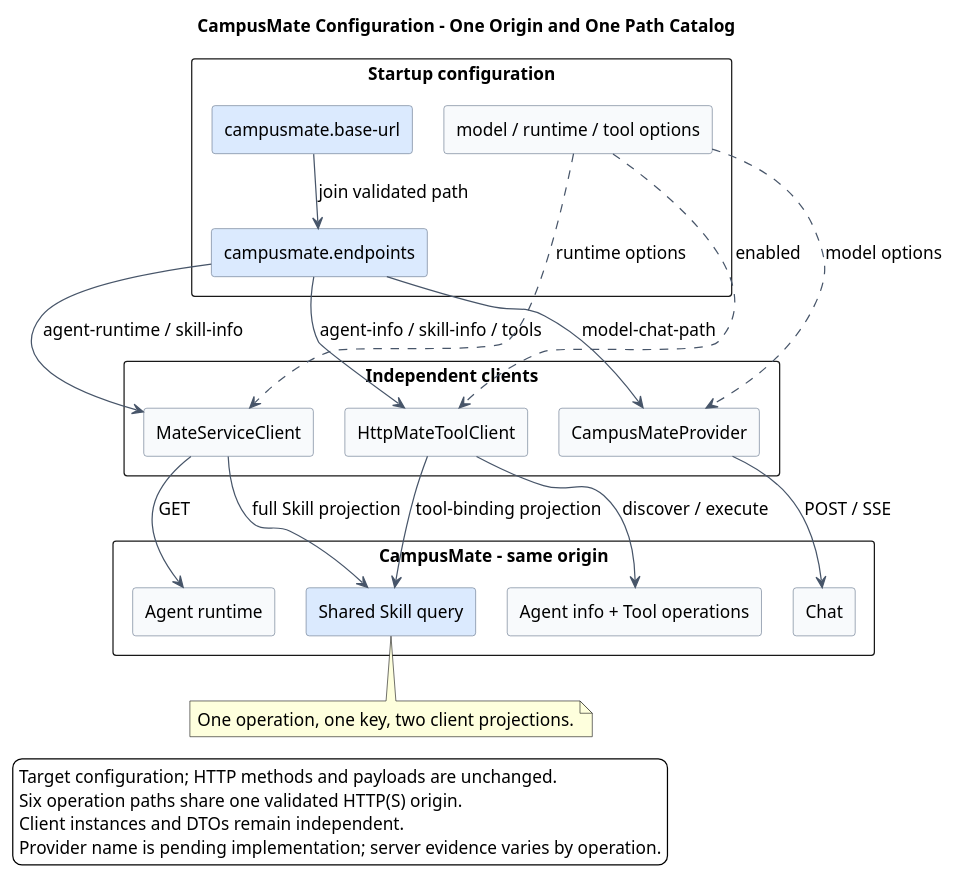
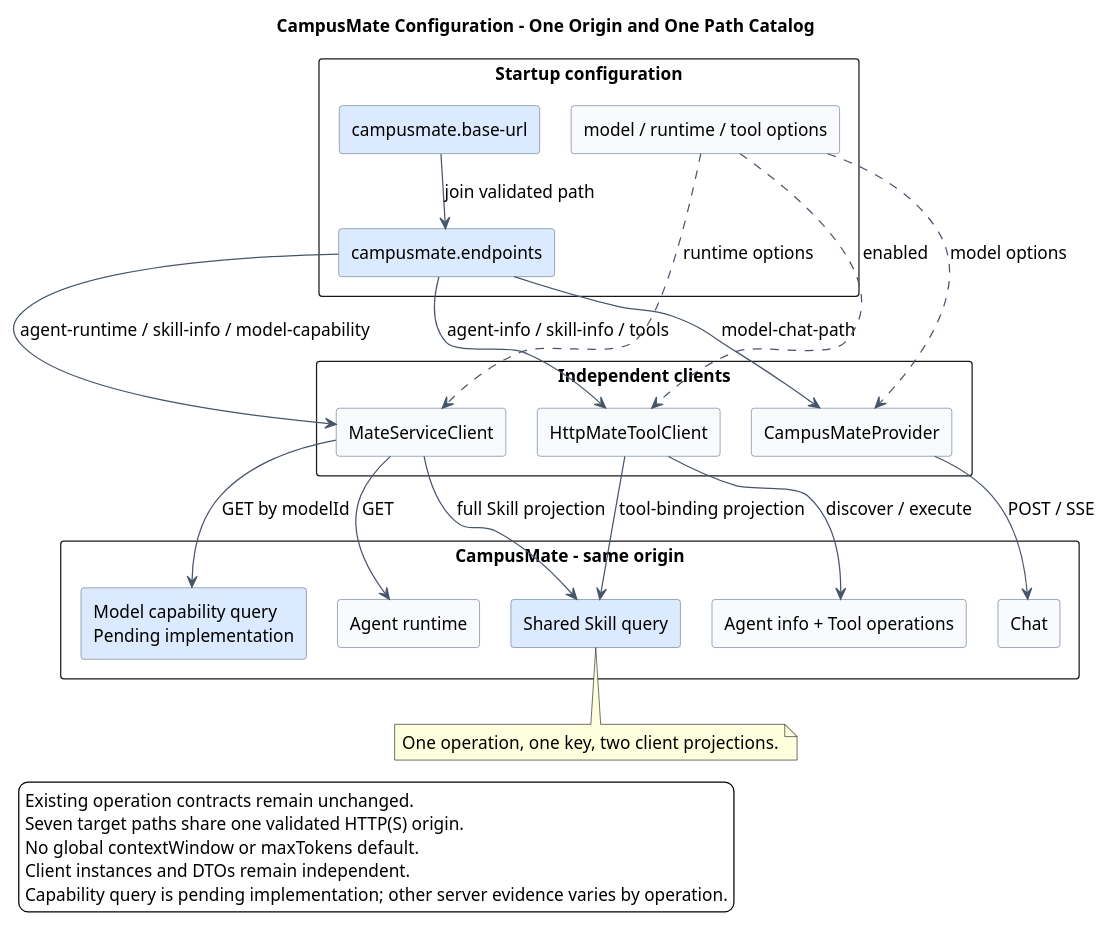
One commit to ssm0808/pi-mono-java-design changed the diagram in 02-服务与接口/02-CampusMate共享客户端配置/diagram.puml. Above: the diagram before and after it, drawn with PlantUML. The commit also changed 15 other files, not shown here.

Commit message:
docs(model): 从 Mate 查询模型能力并发布可选输出上限快照

```diff
--- a/02-服务与接口/02-CampusMate共享客户端配置/diagram.puml
+++ b/02-服务与接口/02-CampusMate共享客户端配置/diagram.puml
@@ -1,76 +1,82 @@
 @startuml campusmate_shared_base_url_configuration
 ' Source evidence baseline: pi-mono-java 320d790726a70aada6100052952d5494d2a378ac
 ' Local rename evidence: pi-mono-java f61906b9136246ca60f333704b6fc92b5420d0ec
-' Pending implementation: rename the Provider; configuration keys and endpoint semantics stay unchanged.
+' Verified 2026-09-19: pi-mono-java 21c3f59be033e7bdd5506a2d9d48baa2581bc3c7 uses CampusMateProvider.
+' Pending implementation: Mate model capability query and removal of global token defaults.
+' Source evidence: modules/coding-agent-cli/src/main/java/com/campusclaw/codingagent/runtimeapi/model/MateRuntimeModelManager.java: resolveModel
+' Design reason: Mate owns per-model token capabilities; Runtime publishes complete snapshots.
 ' Source evidence:
 ' pi-mono-java modules/coding-agent-cli/src/main/resources/application.yml:89-140
 ' pi-mono-java modules/ai/src/main/java/com/campusclaw/ai/provider/mate/MateServiceModelManagerProvider.java:68-76 and eventFlux
 ' pi-mono-java modules/coding-agent-cli/src/main/java/com/campusclaw/codingagent/runtime/MateServiceClient.java:43-113 and 184-197
 ' pi-mono-java modules/coding-agent-cli/src/main/java/com/campusclaw/codingagent/config/MateToolAutoConfiguration.java:31-81
 ' pi-mono-java modules/coding-agent-cli/src/main/java/com/campusclaw/codingagent/common/client/HttpMateToolClient.java:41-190 and 299-320
 ' pi-mono-java modules/coding-agent-cli/src/main/java/com/campusclaw/codingagent/common/dto/SkillInfoResult.java:12-20
 ' mate-service src/main/java/com/huawei/hicampus/mate/agentdefinition/controller/AgentDefinitionController.java:38-73
 ' mate-service src/main/java/com/huawei/hicampus/mate/agentdefinition/modelmanager/controller/LlmChatController.java:35-55
 ' Observed behavior: three configuration roots own three origins and seven path keys.
 ' Observed duplication: two keys normalize to GET /mate-service/v1/skill/query/{skillId}.
 ' Product constraint: Mate and CampusMate are one service identity.
 ' Architecture change: one campusmate tree owns one origin and six unique operation paths.
 ' Architecture change: target model options move from campusmate.model-manager to campusmate.model.
 ' Security hardening: endpoint paths cannot carry another origin.
 ' Pending implementation server scope: Skill and Tool controllers were not found in the analyzed mate-service baseline.
 
 title CampusMate Configuration - One Origin and One Path Catalog
 top to bottom direction
 skinparam backgroundColor white
 skinparam shadowing false
 skinparam defaultFontName Arial
 skinparam defaultFontSize 14
 skinparam componentStyle rectangle
 skinparam packageStyle rectangle
 skinparam nodesep 25
 skinparam ranksep 40
 skinparam component {
   BackgroundColor #F8FAFC
   BorderColor #64748B
 }
 skinparam ArrowColor #475569
 
 package "Startup configuration" {
   [campusmate.base-url] as Origin #DBEAFE
   [campusmate.endpoints] as Paths #DBEAFE
   [model / runtime / tool options] as Options
 }
 package "Independent clients" {
   [CampusMateProvider] as ChatClient
   [MateServiceClient] as RuntimeClient
   [HttpMateToolClient] as ToolClient
 }
 package "CampusMate - same origin" {
   [Chat] as Chat
   [Agent runtime] as Runtime
   [Shared Skill query] as Skill #DBEAFE
+  [Model capability query\nPending implementation] as Capabilities #DBEAFE
   [Agent info + Tool operations] as Tools
 }
 Origin --> Paths : join validated path
 Paths --> ChatClient : model-chat-path
-Paths --> RuntimeClient : agent-runtime / skill-info
+Paths --> RuntimeClient : agent-runtime / skill-info / model-capability
 Paths --> ToolClient : agent-info / skill-info / tools
 Options ..> ChatClient : model options
 Options ..> RuntimeClient : runtime options
 Options ..> ToolClient : enabled
 ChatClient --> Chat : POST / SSE
 RuntimeClient --> Runtime : GET
+RuntimeClient --> Capabilities : GET by modelId
 RuntimeClient --> Skill : full Skill projection
 ToolClient --> Skill : tool-binding projection
 ToolClient --> Tools : discover / execute
 
 note bottom of Skill
 One operation, one key, two client projections.
 end note
 legend bottom left
-Target configuration; HTTP methods and payloads are unchanged.
-Six operation paths share one validated HTTP(S) origin.
+Existing operation contracts remain unchanged.
+Seven target paths share one validated HTTP(S) origin.
+No global contextWindow or maxTokens default.
 Client instances and DTOs remain independent.
-Provider name is pending implementation; server evidence varies by operation.
+Capability query is pending implementation; other server evidence varies by operation.
 endlegend
 @enduml
```
